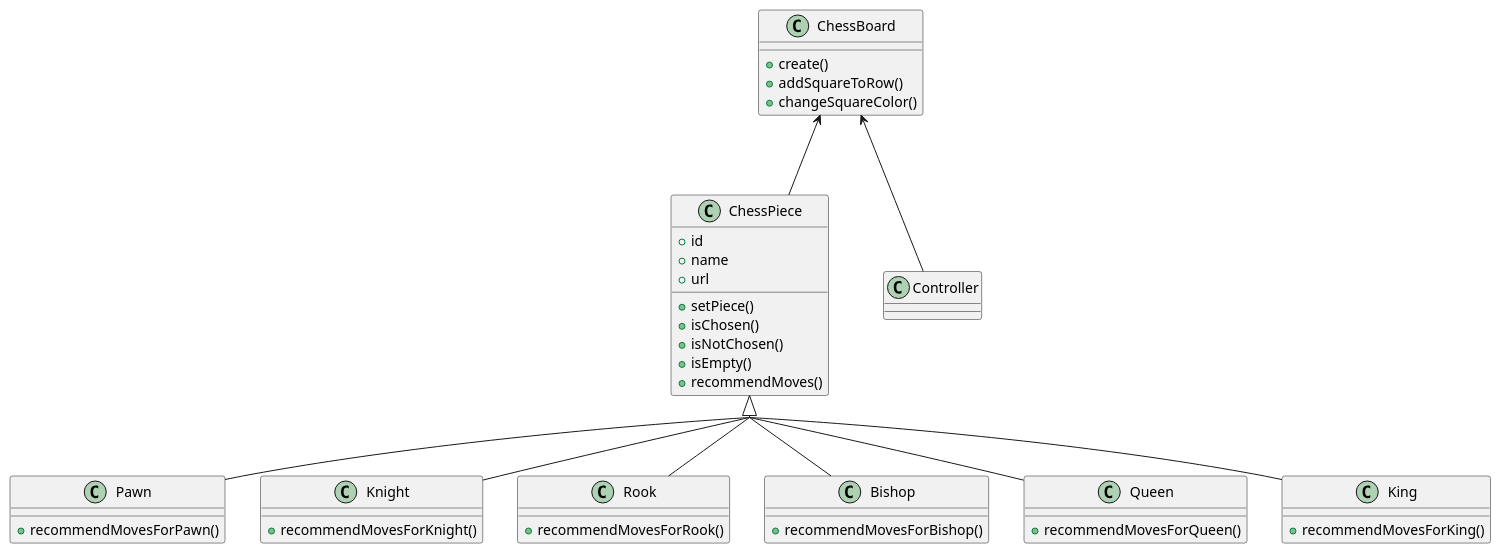
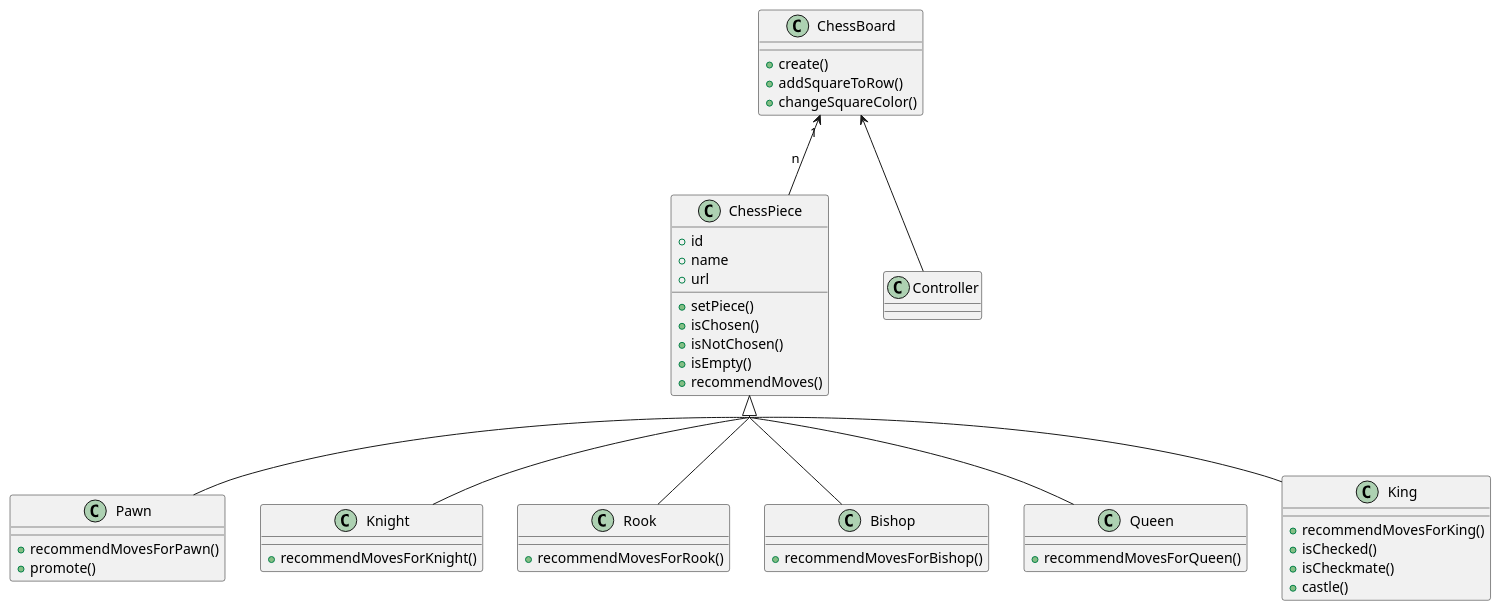
One commit to BachDi/chess_game changed the diagram in UML/ClassDiagram.plantuml. Above: the diagram before and after it, drawn with PlantUML.

Commit message:
update uml again

```diff
--- a/UML/ClassDiagram.plantuml
+++ b/UML/ClassDiagram.plantuml
@@ -1,45 +1,49 @@
 @startuml ChessBoard
 skinparam groupInheritance 2
 class ChessBoard {
     + create()
     + addSquareToRow()
     + changeSquareColor()
 }
 class ChessPiece {
     + id
     + name 
     + url 
     + setPiece() 
     + isChosen() 
     + isNotChosen()
     + isEmpty()
     + recommendMoves() 
 }
 class Pawn {
     + recommendMovesForPawn()
+    + promote()
 }
 class Knight {
     + recommendMovesForKnight()
 }
 class Rook {
     + recommendMovesForRook()
 }
 class Bishop {
     + recommendMovesForBishop()
 }
 class Queen {
     + recommendMovesForQueen()
 }
 class King {
     + recommendMovesForKing()
+    + isChecked()
+    + isCheckmate()
+    + castle()
 }
 
-ChessBoard <-- ChessPiece
+ChessBoard "1" <-- "n" ChessPiece
 ChessBoard <-- Controller
 ChessPiece <|-- Pawn 
 ChessPiece <|-- Rook 
 ChessPiece <|-- Knight 
 ChessPiece <|-- Bishop 
 ChessPiece <|-- Queen  
 ChessPiece <|-- King 
 @enduml
```
